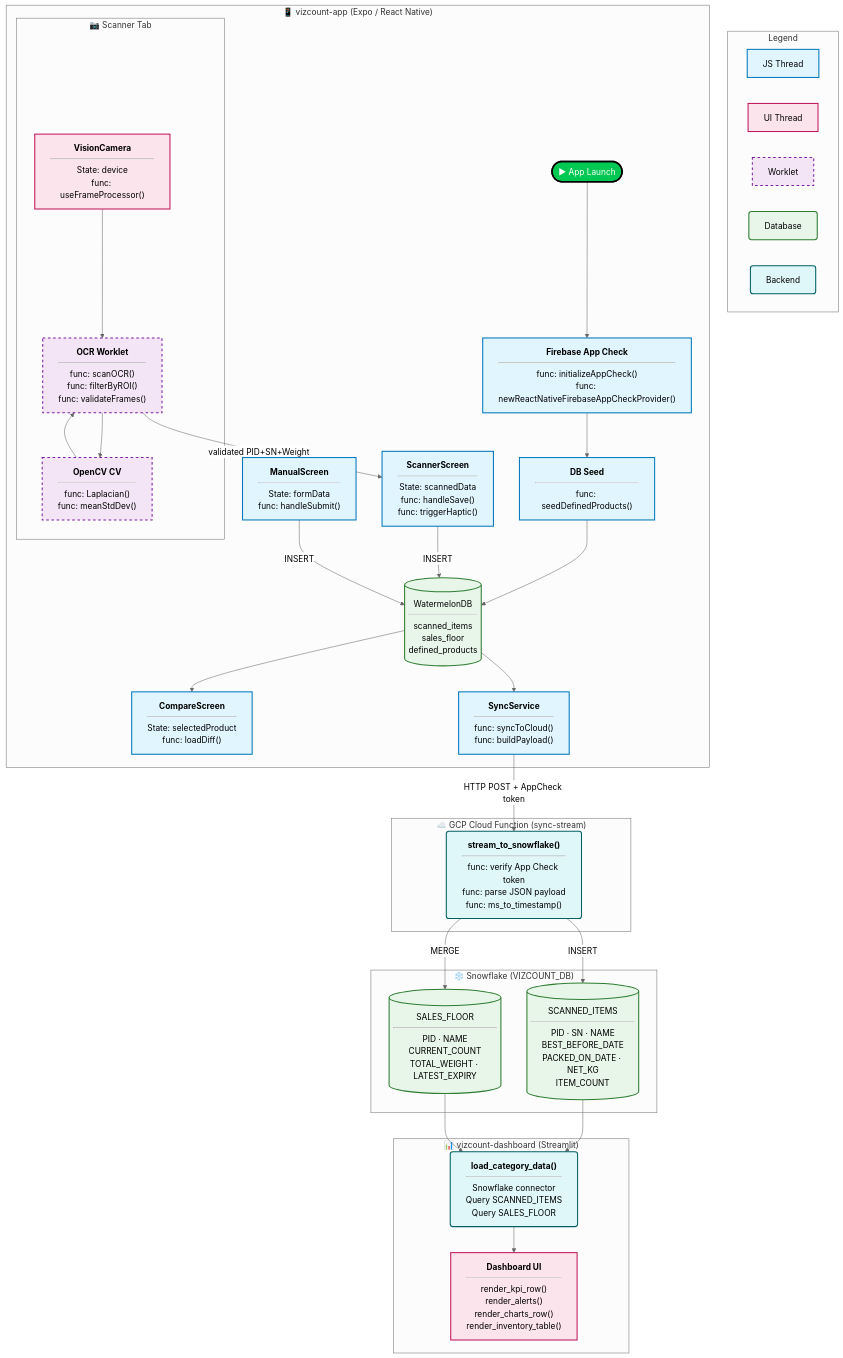
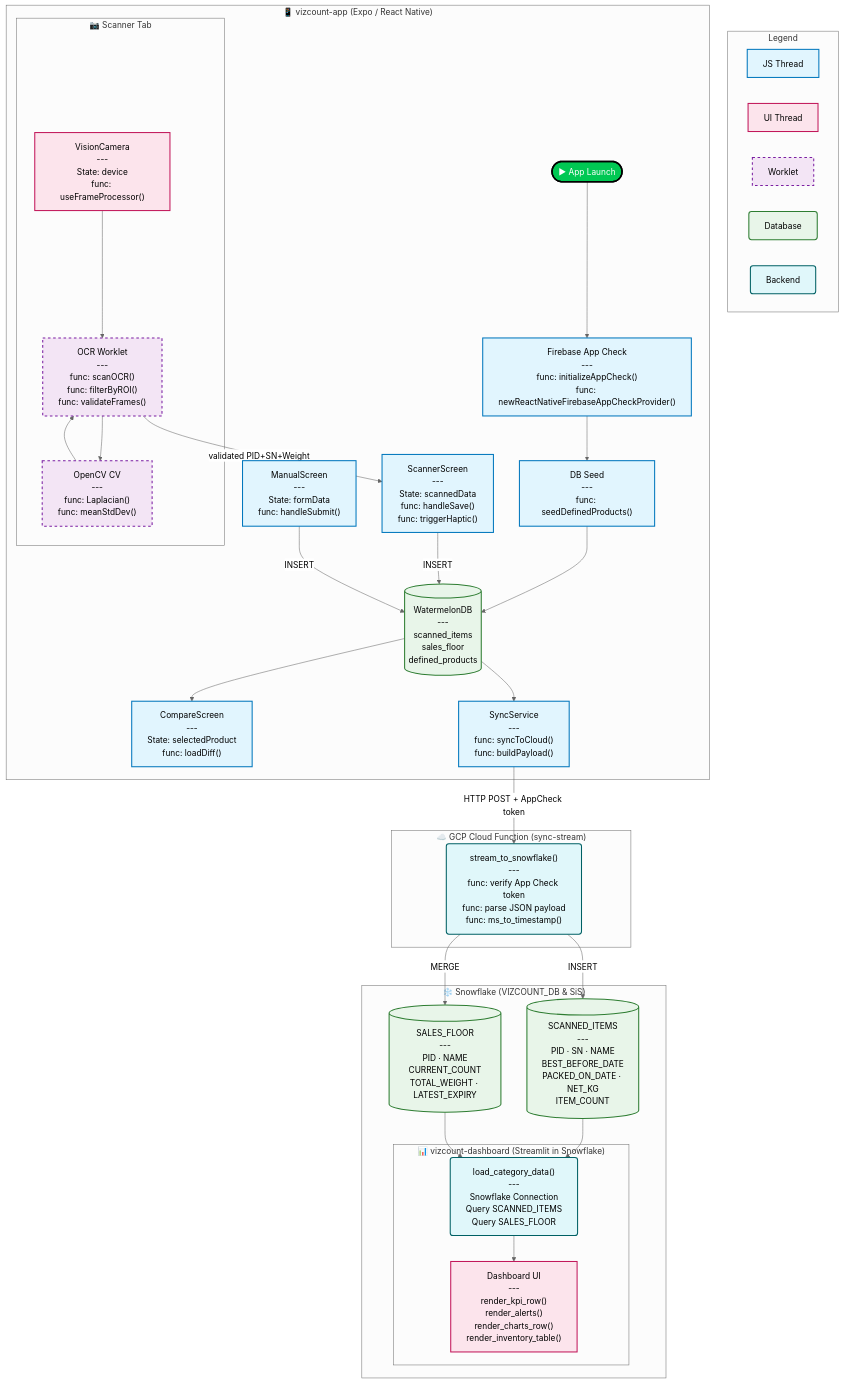
The first of 3 diagrams in README.md (shyamal-bhatt/VizCount), drawn with Mermaid (neutral theme) before and after one commit. The commit also changed other lines of this file and 36 other files, not shown here.

Commit message:
docs: update README with new architecture diagram, fix mermaid rendering, and update deployment instructions

````diff
--- a/README.md
+++ b/README.md
@@ -106,69 +108,69 @@
 ```mermaid
 graph TD
     classDef jsThread  fill:#e1f5fe,stroke:#0277bd,stroke-width:2px
     classDef uiThread  fill:#fce4ec,stroke:#c2185b,stroke-width:2px
     classDef store     fill:#fff3e0,stroke:#ef6c00,stroke-width:2px,rx:5,ry:5
     classDef db        fill:#e8f5e9,stroke:#2e7d32,stroke-width:2px,rx:5,ry:5
     classDef backend   fill:#e0f7fa,stroke:#006064,stroke-width:2px,rx:5,ry:5
     classDef worklet   fill:#f3e5f5,stroke:#7b1fa2,stroke-width:2px,stroke-dasharray:5 5
     classDef startPoint fill:#00c853,stroke:#000,stroke-width:3px,color:#fff
     classDef checkpoint fill:#ffd600,stroke:#000,stroke-width:2px
 
     subgraph Legend
         L1["  JS Thread  "]:::jsThread
         L2["  UI Thread  "]:::uiThread
         L3["  Worklet  "]:::worklet
         L4["  Database  "]:::db
         L5["  Backend  "]:::backend
     end
 
     subgraph Mobile ["📱 vizcount-app  (Expo / React Native)"]
         START(["▶ App Launch"]):::startPoint
-        AppCheck["<b>Firebase App Check</b><hr/>func: initializeAppCheck()<br/>func: newReactNativeFirebaseAppCheckProvider()"]:::jsThread
-        Seed["<b>DB Seed</b><hr/>func: seedDefinedProducts()"]:::jsThread
-        WDB[("WatermelonDB<hr/>scanned_items<br/>sales_floor<br/>defined_products")]:::db
+        AppCheck["Firebase App Check<br/>---<br/>func: initializeAppCheck()<br/>func: newReactNativeFirebaseAppCheckProvider()"]:::jsThread
+        Seed["DB Seed<br/>---<br/>func: seedDefinedProducts()"]:::jsThread
+        WDB[("WatermelonDB<br/>---<br/>scanned_items<br/>sales_floor<br/>defined_products")]:::db
 
         subgraph Scanner ["📷 Scanner Tab"]
-            Cam["<b>VisionCamera</b><hr/>State: device<br/>func: useFrameProcessor()"]:::uiThread
-            OCR["<b>OCR Worklet</b><hr/>func: scanOCR()<br/>func: filterByROI()<br/>func: validateFrames()"]:::worklet
-            OpenCV["<b>OpenCV CV</b><hr/>func: Laplacian()<br/>func: meanStdDev()"]:::worklet
+            Cam["VisionCamera<br/>---<br/>State: device<br/>func: useFrameProcessor()"]:::uiThread
+            OCR["OCR Worklet<br/>---<br/>func: scanOCR()<br/>func: filterByROI()<br/>func: validateFrames()"]:::worklet
+            OpenCV["OpenCV CV<br/>---<br/>func: Laplacian()<br/>func: meanStdDev()"]:::worklet
         end
 
-        ScannerScreen["<b>ScannerScreen</b><hr/>State: scannedData<br/>func: handleSave()<br/>func: triggerHaptic()"]:::jsThread
-        ManualScreen["<b>ManualScreen</b><hr/>State: formData<br/>func: handleSubmit()"]:::jsThread
-        CompareScreen["<b>CompareScreen</b><hr/>State: selectedProduct<br/>func: loadDiff()"]:::jsThread
-        SyncService["<b>SyncService</b><hr/>func: syncToCloud()<br/>func: buildPayload()"]:::jsThread
+        ScannerScreen["ScannerScreen<br/>---<br/>State: scannedData<br/>func: handleSave()<br/>func: triggerHaptic()"]:::jsThread
+        ManualScreen["ManualScreen<br/>---<br/>State: formData<br/>func: handleSubmit()"]:::jsThread
+        CompareScreen["CompareScreen<br/>---<br/>State: selectedProduct<br/>func: loadDiff()"]:::jsThread
+        SyncService["SyncService<br/>---<br/>func: syncToCloud()<br/>func: buildPayload()"]:::jsThread
     end
 
     subgraph Backend ["☁️ GCP Cloud Function  (sync-stream)"]
-        CF["<b>stream_to_snowflake()</b><hr/>func: verify App Check token<br/>func: parse JSON payload<br/>func: ms_to_timestamp()"]:::backend
+        CF["stream_to_snowflake()<br/>---<br/>func: verify App Check token<br/>func: parse JSON payload<br/>func: ms_to_timestamp()"]:::backend
     end
 
-    subgraph DW ["❄️ Snowflake  (VIZCOUNT_DB)"]
-        SF_SI[("SCANNED_ITEMS<hr/>PID · SN · NAME<br/>BEST_BEFORE_DATE<br/>PACKED_ON_DATE · NET_KG<br/>ITEM_COUNT")]:::db
-        SF_SF[("SALES_FLOOR<hr/>PID · NAME<br/>CURRENT_COUNT<br/>TOTAL_WEIGHT · LATEST_EXPIRY")]:::db
-    end
-
-    subgraph Dashboard ["📊 vizcount-dashboard  (Streamlit)"]
-        Loader["<b>load_category_data()</b><hr/>Snowflake connector<br/>Query SCANNED_ITEMS<br/>Query SALES_FLOOR"]:::backend
-        UI_Dash["<b>Dashboard UI</b><hr/>render_kpi_row()<br/>render_alerts()<br/>render_charts_row()<br/>render_inventory_table()"]:::uiThread
+    subgraph DW ["❄️ Snowflake  (VIZCOUNT_DB & SiS)"]
+        SF_SI[("SCANNED_ITEMS<br/>---<br/>PID · SN · NAME<br/>BEST_BEFORE_DATE<br/>PACKED_ON_DATE · NET_KG<br/>ITEM_COUNT")]:::db
+        SF_SF[("SALES_FLOOR<br/>---<br/>PID · NAME<br/>CURRENT_COUNT<br/>TOTAL_WEIGHT · LATEST_EXPIRY")]:::db
+        
+        subgraph Dashboard ["📊 vizcount-dashboard  (Streamlit in Snowflake)"]
+            Loader["load_category_data()<br/>---<br/>Snowflake Connection<br/>Query SCANNED_ITEMS<br/>Query SALES_FLOOR"]:::backend
+            UI_Dash["Dashboard UI<br/>---<br/>render_kpi_row()<br/>render_alerts()<br/>render_charts_row()<br/>render_inventory_table()"]:::uiThread
+        end
     end
 
     START --> AppCheck
     AppCheck --> Seed
     Seed --> WDB
     Cam --> OCR
     OCR --> OpenCV
     OpenCV --> OCR
     OCR -- "validated PID+SN+Weight" --> ScannerScreen
     ScannerScreen -- "INSERT" --> WDB
     ManualScreen -- "INSERT" --> WDB
     WDB --> CompareScreen
     WDB --> SyncService
     SyncService -- "HTTP POST + AppCheck token" --> CF
     CF -- "INSERT" --> SF_SI
     CF -- "MERGE" --> SF_SF
     SF_SI --> Loader
     SF_SF --> Loader
     Loader --> UI_Dash
 ```
````
